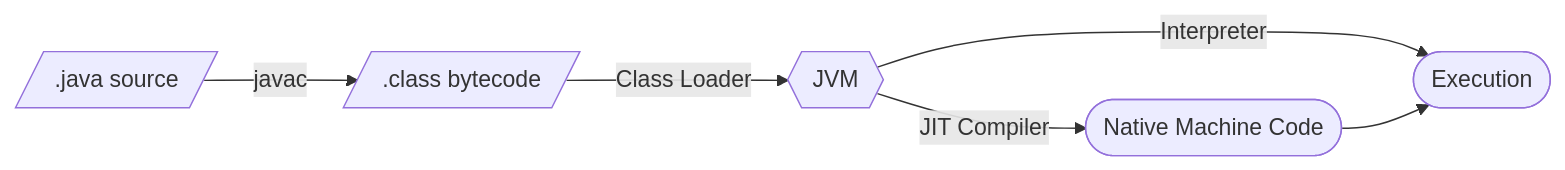
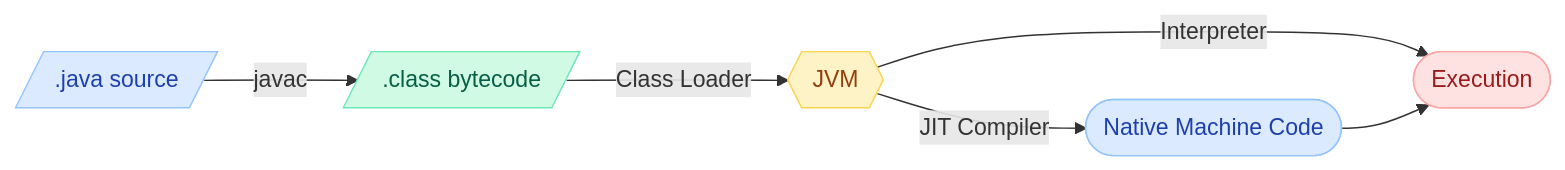
One commit to saivamsikaruturi/vamsilabs-dev-notes-main changed the second of 2 diagrams in docs/java/ecosystem.md. Above: the diagram before and after it, drawn with Mermaid. The commit also changed other lines of this file and 220 other files, not shown here.

First line of the commit message:
Add 50+ new Java/Spring Boot pages, rewrite CSS code blocks to Oracle style, fix all diagram colors

````diff
--- a/docs/java/ecosystem.md
+++ b/docs/java/ecosystem.md
@@ -43,8 +47,14 @@
 ```mermaid
 flowchart LR
     A[/".java source"/] -->|javac| B[/".class bytecode"/]
     B -->|Class Loader| C{{"JVM"}}
     C -->|Interpreter| D(["Execution"])
     C -->|JIT Compiler| E(["Native Machine Code"])
     E --> D
+
+    style A fill:#DBEAFE,stroke:#93C5FD,color:#1E40AF
+    style B fill:#D1FAE5,stroke:#6EE7B7,color:#065F46
+    style C fill:#FEF3C7,stroke:#FCD34D,color:#92400E
+    style D fill:#FEE2E2,stroke:#FCA5A5,color:#991B1B
+    style E fill:#DBEAFE,stroke:#93C5FD,color:#1E40AF
 ```
````
